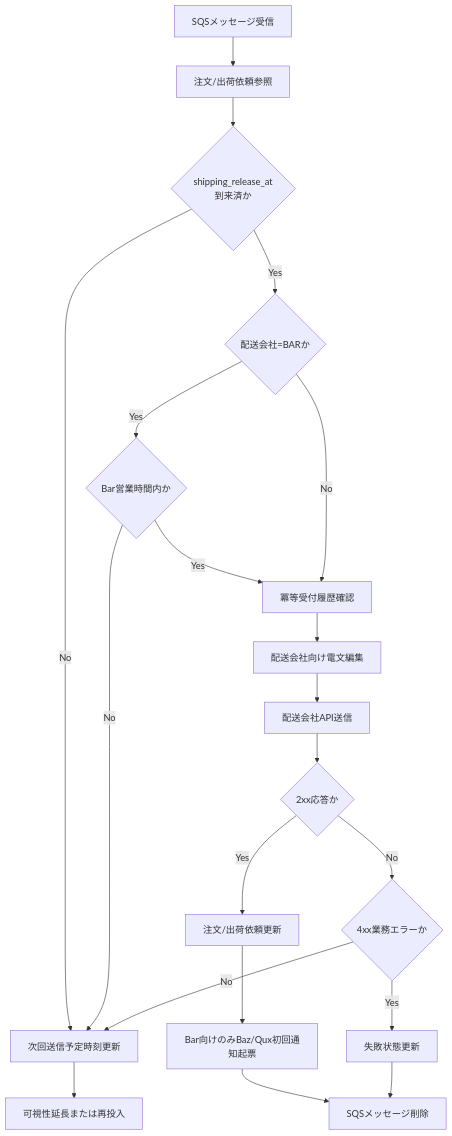
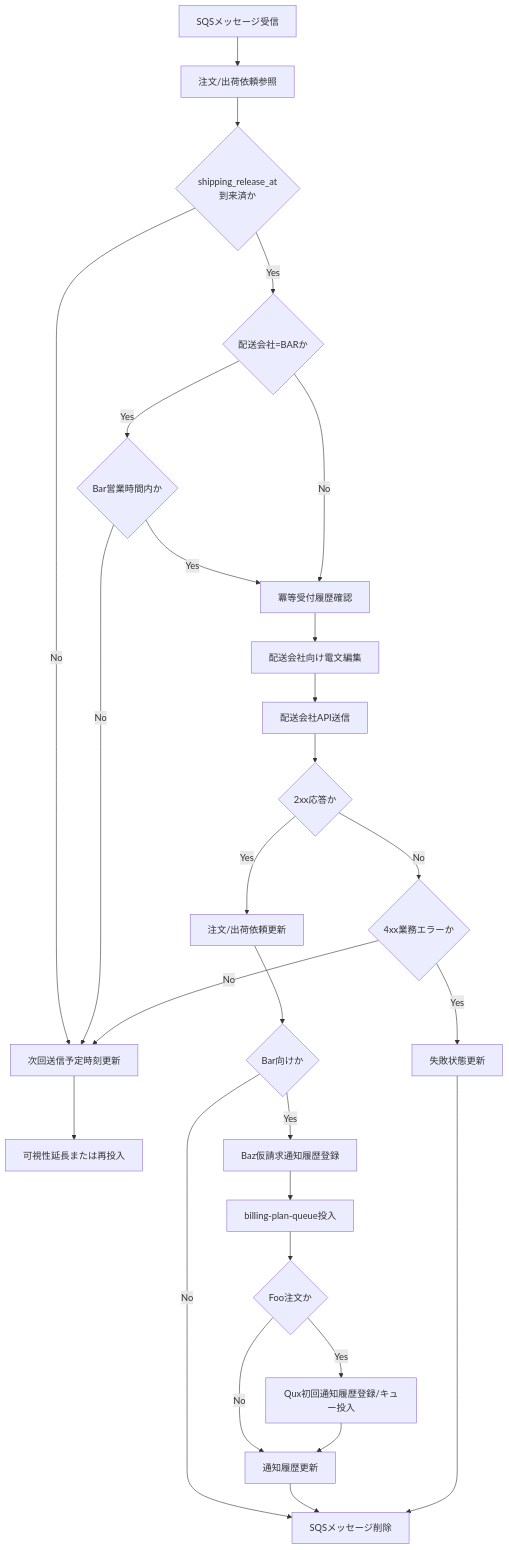
Before and after one commit to CalorieMateEater/training-project-logistics-company: the diagram in docs/自社内部設計/業務設計/処理設計書/PDS-003_配送会社連携Worker処理設計書.md, drawn with Mermaid. The commit also changed other lines of this file and 66 other files, not shown here.

````diff
--- a/docs/自社内部設計/業務設計/処理設計書/PDS-003_配送会社連携Worker処理設計書.md
+++ b/docs/自社内部設計/業務設計/処理設計書/PDS-003_配送会社連携Worker処理設計書.md
@@ -16,22 +16,29 @@
 ```mermaid
 flowchart TD
     A[SQSメッセージ受信] --> B[注文/出荷依頼参照]
     B --> C{shipping_release_at\n到来済か}
     C -- No --> D[次回送信予定時刻更新]
     D --> E[可視性延長または再投入]
     C -- Yes --> F{配送会社=BARか}
     F -- Yes --> G{Bar営業時間内か}
     G -- No --> D
     G -- Yes --> H[冪等受付履歴確認]
     F -- No --> H
     H --> I[配送会社向け電文編集]
     I --> J[配送会社API送信]
     J --> K{2xx応答か}
     K -- Yes --> L[注文/出荷依頼更新]
-    L --> M[Bar向けのみBaz/Qux初回通知起票]
-    M --> N[SQSメッセージ削除]
-    K -- No --> O{4xx業務エラーか}
-    O -- Yes --> P[失敗状態更新]
-    P --> N
-    O -- No --> D
+    L --> M{Bar向けか}
+    M -- Yes --> N[Baz仮請求通知履歴登録]
+    N --> O[billing-plan-queue投入]
+    O --> P{Foo注文か}
+    P -- Yes --> U[Qux初回通知履歴登録/キュー投入]
+    P -- No --> V[通知履歴更新]
+    U --> V
+    M -- No --> Q[SQSメッセージ削除]
+    V --> Q
+    K -- No --> R{4xx業務エラーか}
+    R -- Yes --> S[失敗状態更新]
+    S --> Q
+    R -- No --> D
 ```
````
